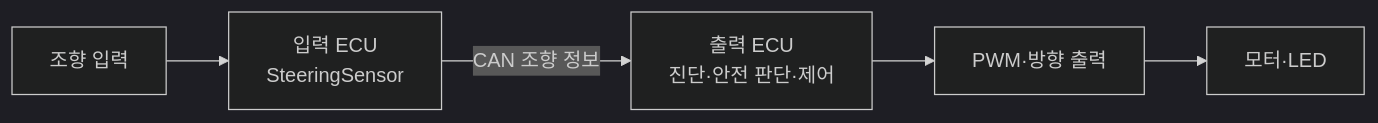
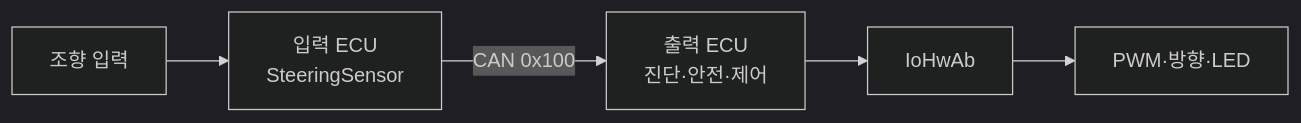
Before and after one commit to kwangil1245-code/ISO-26262-sbw: the first of 2 diagrams in workproducts/02_Concept_design.md, drawn with Mermaid (dark theme). The commit also changed other lines of this file, not shown here.

````diff
--- a/workproducts/02_Concept_design.md
+++ b/workproducts/02_Concept_design.md
@@ -32,7 +20,7 @@
 ```mermaid
 flowchart LR
     A["조향 입력"] --> B["입력 ECU<br>SteeringSensor"]
-    B -->|"CAN 조향 정보"| C["출력 ECU<br>진단·안전 판단·제어"]
-    C --> D["PWM·방향 출력"]
-    D --> E["모터·LED"]
+    B -->|"CAN 0x100"| C["출력 ECU<br>진단·안전·제어"]
+    C --> D["IoHwAb"]
+    D --> E["PWM·방향·LED"]
 ```
````
